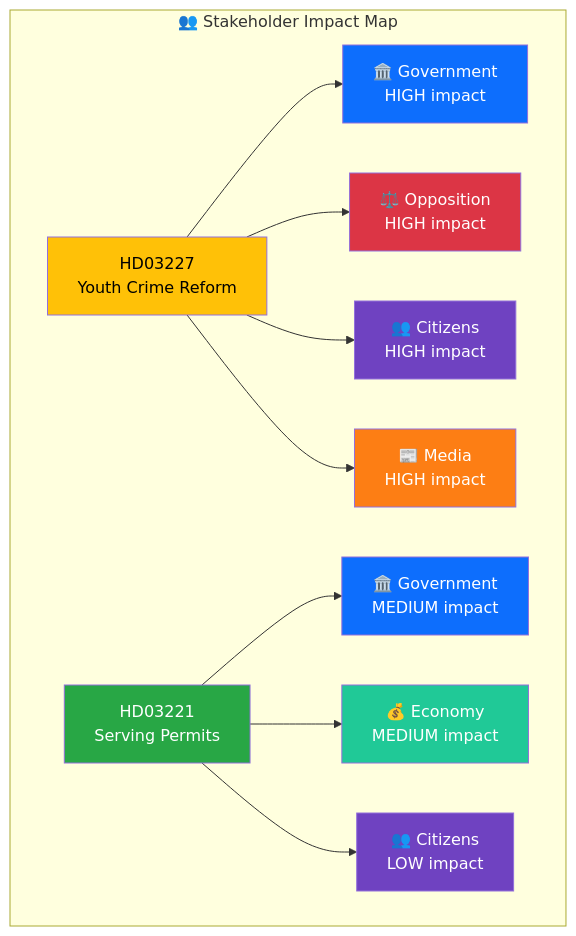
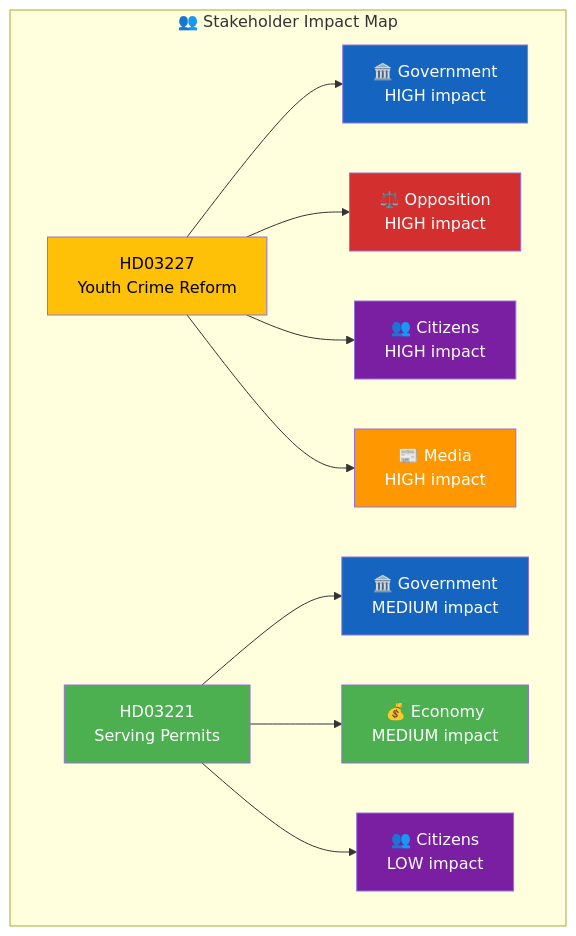
The diagram in analysis/daily/2026-03-26/propositions/stakeholder-perspectives.md (Hack23/riksdagsmonitor), drawn with Mermaid before and after one commit. The commit also changed 785 other files, not shown here.

First line of the commit message:
Normalize mermaid colors across 786 analysis artifacts to ISMS Style Guide palette

````diff
--- a/analysis/daily/2026-03-26/propositions/stakeholder-perspectives.md
+++ b/analysis/daily/2026-03-26/propositions/stakeholder-perspectives.md
@@ -14,23 +14,23 @@
 ```mermaid
 graph TD
     subgraph "👥 Stakeholder Impact Map"
         PROP1["HD03227<br/>Youth Crime Reform"] --> GOV1["🏛️ Government<br/>HIGH impact"]
         PROP1 --> OPP1["⚖️ Opposition<br/>HIGH impact"]
         PROP1 --> CIT1["👥 Citizens<br/>HIGH impact"]
         PROP1 --> MED1["📰 Media<br/>HIGH impact"]
         
         PROP2["HD03221<br/>Serving Permits"] --> GOV2["🏛️ Government<br/>MEDIUM impact"]
         PROP2 --> ECO2["💰 Economy<br/>MEDIUM impact"]
         PROP2 --> CIT2["👥 Citizens<br/>LOW impact"]
     end
     
-    style PROP1 fill:#ffc107,color:#000
-    style PROP2 fill:#28a745,color:#fff
-    style GOV1 fill:#0d6efd,color:#fff
-    style OPP1 fill:#dc3545,color:#fff
-    style CIT1 fill:#6f42c1,color:#fff
-    style MED1 fill:#fd7e14,color:#fff
-    style GOV2 fill:#0d6efd,color:#fff
-    style ECO2 fill:#20c997,color:#fff
-    style CIT2 fill:#6f42c1,color:#fff
+    style PROP1 fill:#FFC107,color:#000000
+    style PROP2 fill:#4CAF50,color:#FFFFFF
+    style GOV1 fill:#1565C0,color:#FFFFFF
+    style OPP1 fill:#D32F2F,color:#FFFFFF
+    style CIT1 fill:#7B1FA2,color:#FFFFFF
+    style MED1 fill:#FF9800,color:#FFFFFF
+    style GOV2 fill:#1565C0,color:#FFFFFF
+    style ECO2 fill:#4CAF50,color:#FFFFFF
+    style CIT2 fill:#7B1FA2,color:#FFFFFF
 ```
````
